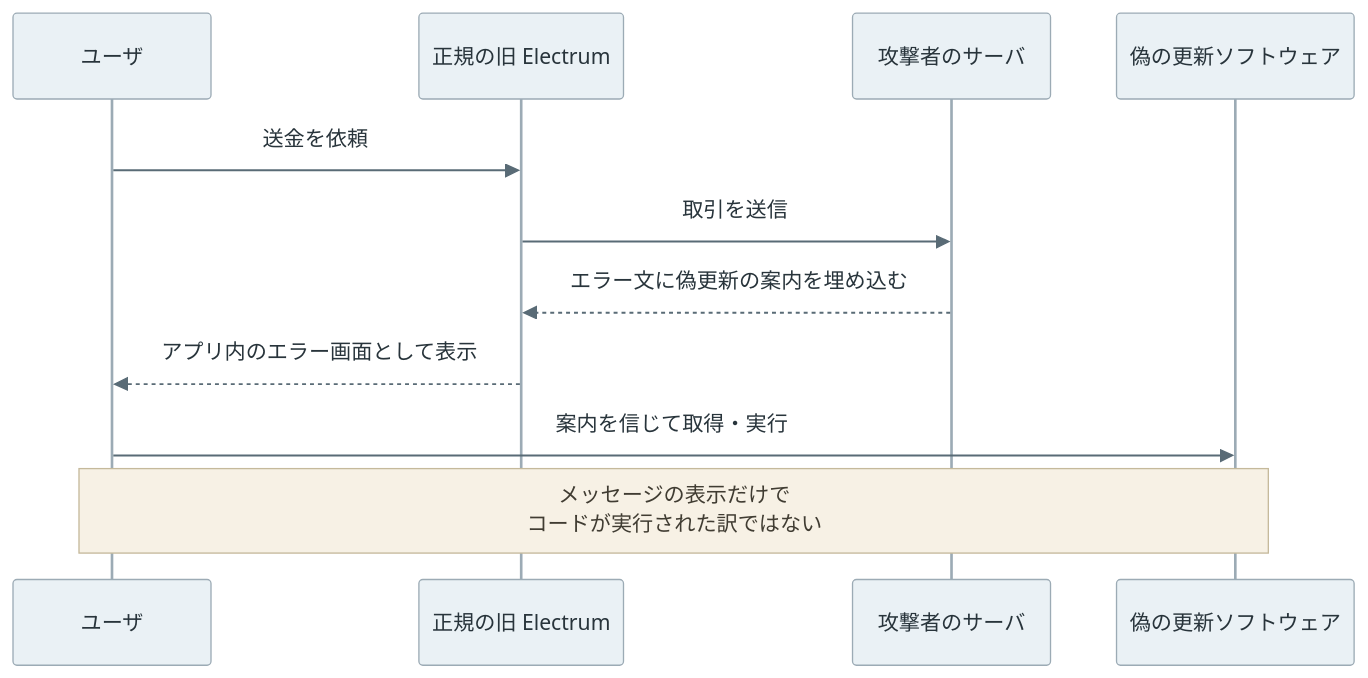
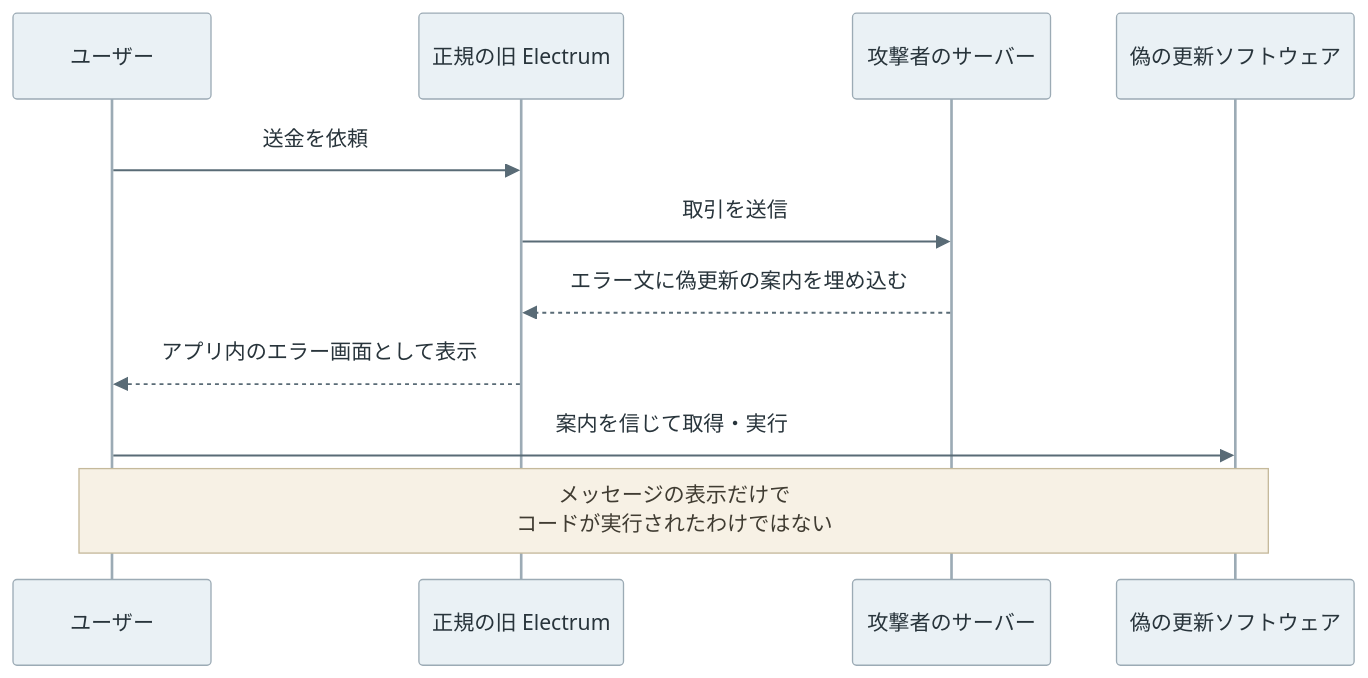
Diagram 11 of 14 in content/notes/blockchain-systems/wallet/index.md (nao1215/debimate), drawn with Mermaid before and after one commit. The commit also changed other lines of this file and 27 other files, not shown here.

````diff
--- a/content/notes/blockchain-systems/wallet/index.md
+++ b/content/notes/blockchain-systems/wallet/index.md
@@ -576,14 +576,14 @@
 ```mermaid
 %%{init: {"theme":"base","themeVariables":{"primaryColor":"#eaf1f5","primaryTextColor":"#28343b","primaryBorderColor":"#9cabb5","lineColor":"#596b76","textColor":"#28343b","actorBkg":"#eaf1f5","actorBorder":"#9cabb5","actorTextColor":"#28343b","actorLineColor":"#9cabb5","signalColor":"#596b76","signalTextColor":"#28343b","noteBkgColor":"#f7f1e5","noteBorderColor":"#c5b99b","noteTextColor":"#403c32","activationBkgColor":"#edf3ef","activationBorderColor":"#9aafa1"}}}%%
 sequenceDiagram
-    participant U as ユーザ
+    participant U as ユーザー
     participant W as 正規の旧 Electrum
-    participant S as 攻撃者のサーバ
+    participant S as 攻撃者のサーバー
     participant M as 偽の更新ソフトウェア
     U->>W: 送金を依頼
     W->>S: 取引を送信
     S-->>W: エラー文に偽更新の案内を埋め込む
     W-->>U: アプリ内のエラー画面として表示
     U->>M: 案内を信じて取得・実行
-    Note over U,M: メッセージの表示だけで<br/>コードが実行された訳ではない
+    Note over U,M: メッセージの表示だけで<br/>コードが実行されたわけではない
 ```
````
